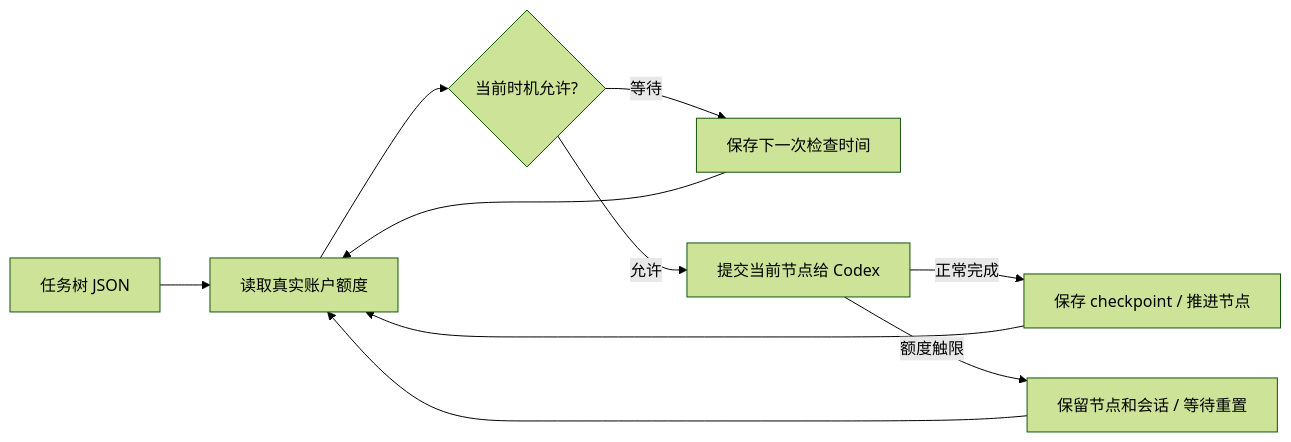
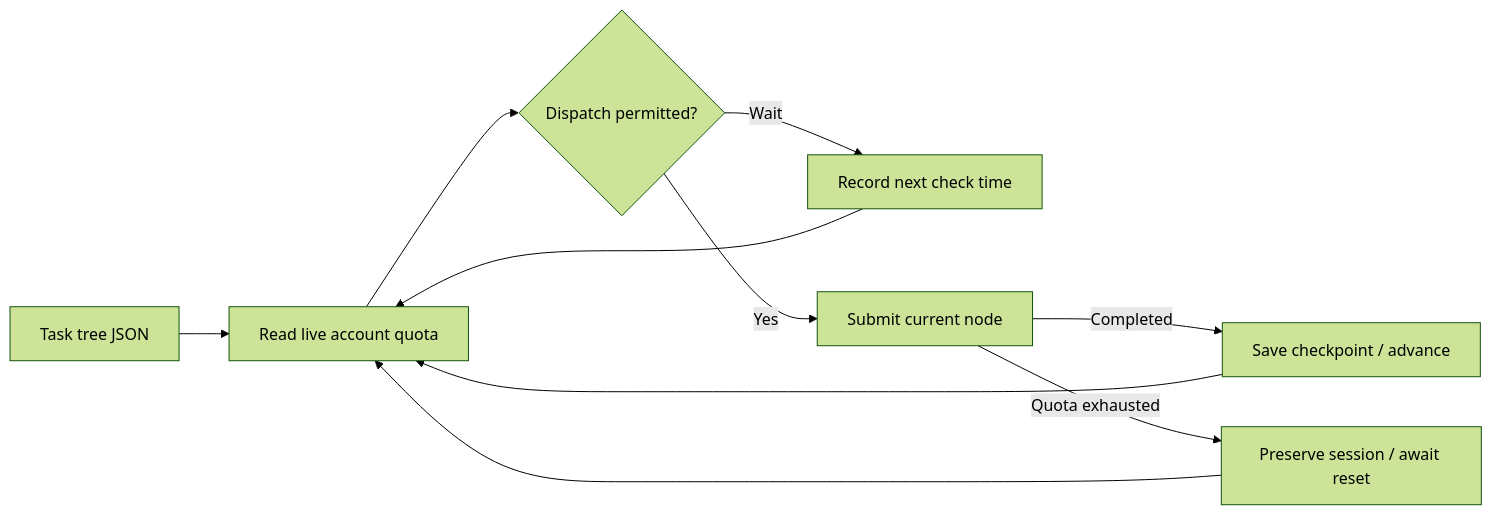
The diagram in README.md (Astonomy/scheduler), drawn with Mermaid (forest theme) before and after one commit. The commit also changed other lines of this file and 1 other file, not shown here.

````diff
--- a/README.md
+++ b/README.md
@@ -31,12 +29,12 @@
 ```mermaid
 flowchart LR
-    A[任务树 JSON] --> B[读取真实账户额度]
-    B --> C{当前时机允许?}
-    C -->|等待| D[保存下一次检查时间]
+    A[Task tree JSON] --> B[Read live account quota]
+    B --> C{Dispatch permitted?}
+    C -->|Wait| D[Record next check time]
     D --> B
-    C -->|允许| E[提交当前节点给 Codex]
-    E -->|正常完成| F[保存 checkpoint / 推进节点]
+    C -->|Yes| E[Submit current node]
+    E -->|Completed| F[Save checkpoint / advance]
     F --> B
-    E -->|额度触限| G[保留节点和会话 / 等待重置]
+    E -->|Quota exhausted| G[Preserve session / await reset]
     G --> B
 ```
````
